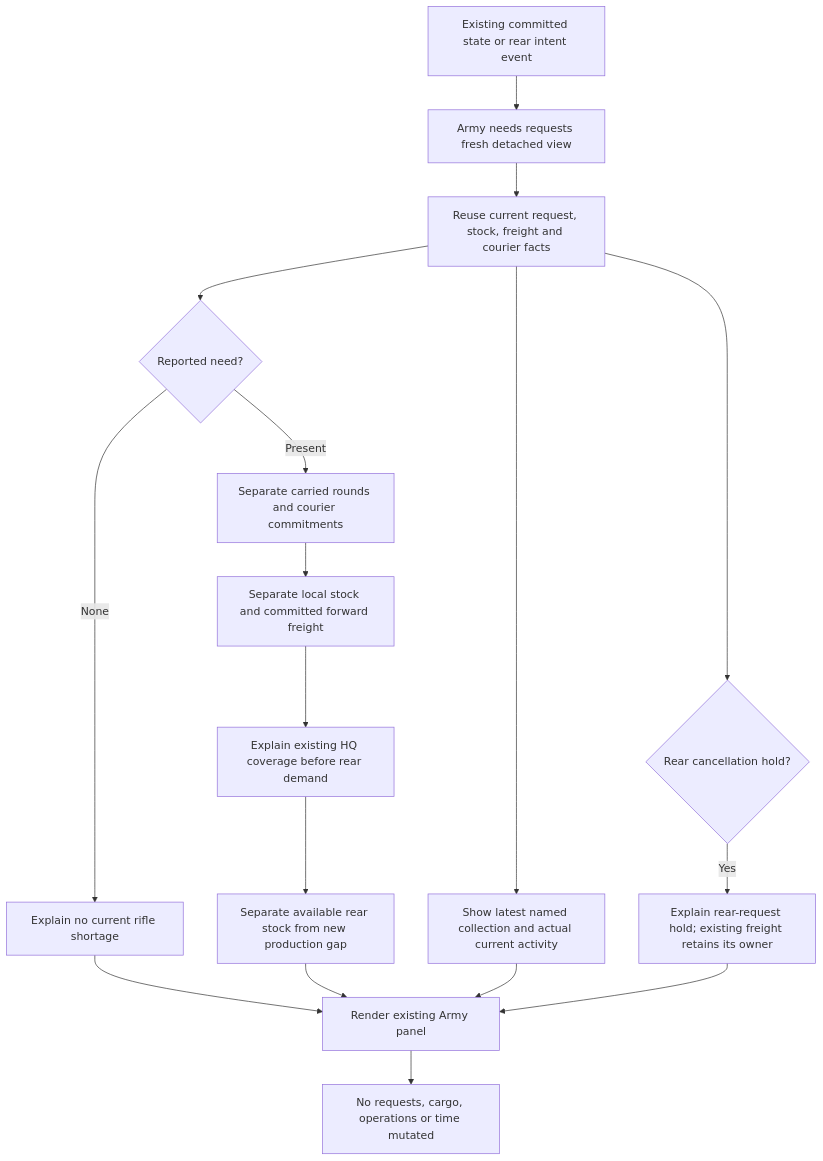
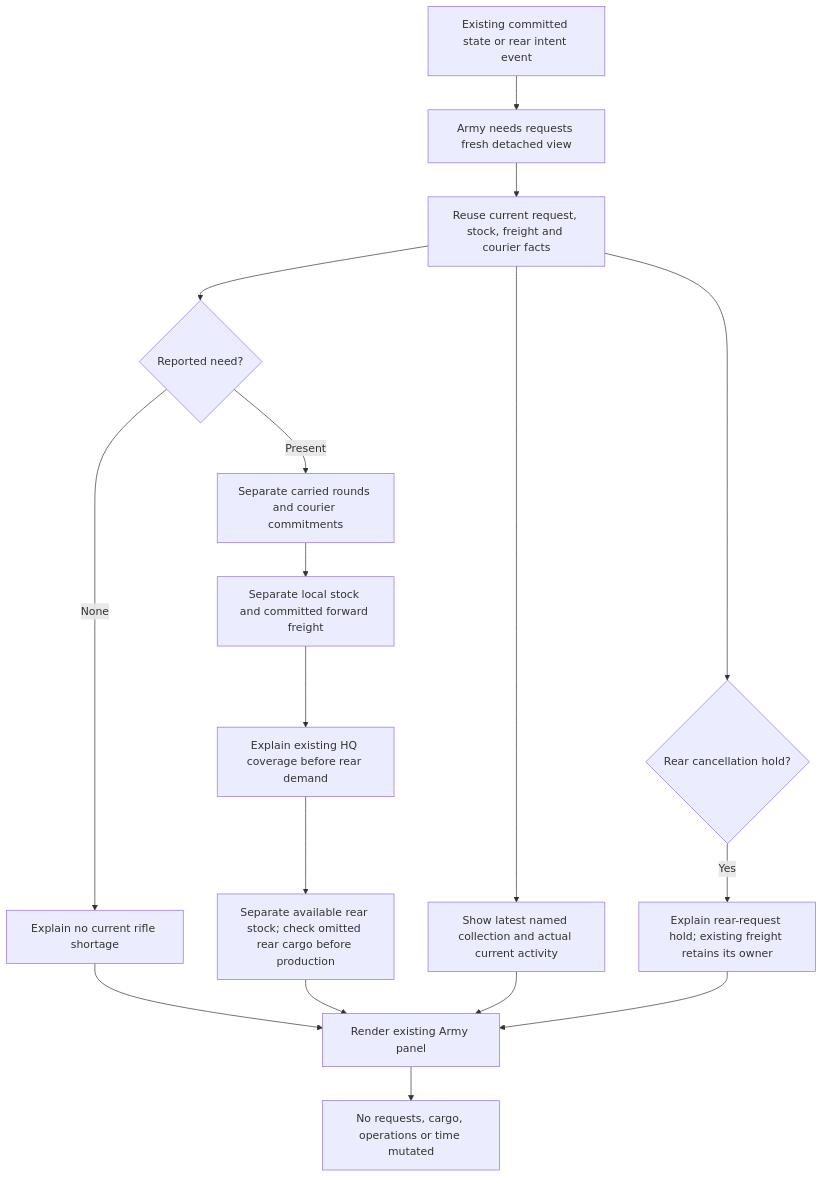
One commit to TheInfinityIQ/Trencho_V4 changed the diagram in docs/diagrams/army_supply_feedback.mmd. Above: the diagram before and after it, drawn with Mermaid. The commit also changed 8 other files, not shown here.

Commit message:
Avoid inferring manufacture from omitted rear cargo

```diff
--- a/docs/diagrams/army_supply_feedback.mmd
+++ b/docs/diagrams/army_supply_feedback.mmd
@@ -1,17 +1,17 @@
 flowchart TD
   A[Existing committed state or rear intent event] --> B[Army needs requests fresh detached view]
   B --> C[Reuse current request, stock, freight and courier facts]
   C --> D{Reported need?}
   D -->|None| E[Explain no current rifle shortage]
   D -->|Present| F[Separate carried rounds and courier commitments]
   F --> G[Separate local stock and committed forward freight]
   G --> H[Explain existing HQ coverage before rear demand]
-  H --> I[Separate available rear stock from new production gap]
+  H --> I[Separate available rear stock; check omitted rear cargo before production]
   C --> J[Show latest named collection and actual current activity]
   C --> K{Rear cancellation hold?}
   K -->|Yes| L[Explain rear-request hold; existing freight retains its owner]
   E --> M[Render existing Army panel]
   I --> M
   J --> M
   L --> M
   M --> N[No requests, cargo, operations or time mutated]
```
